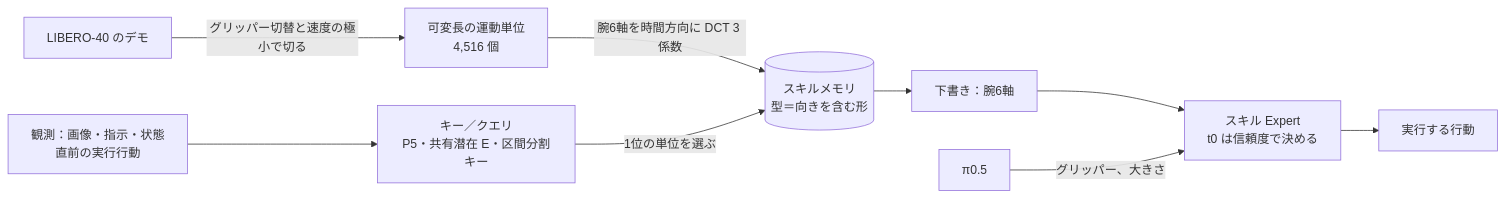
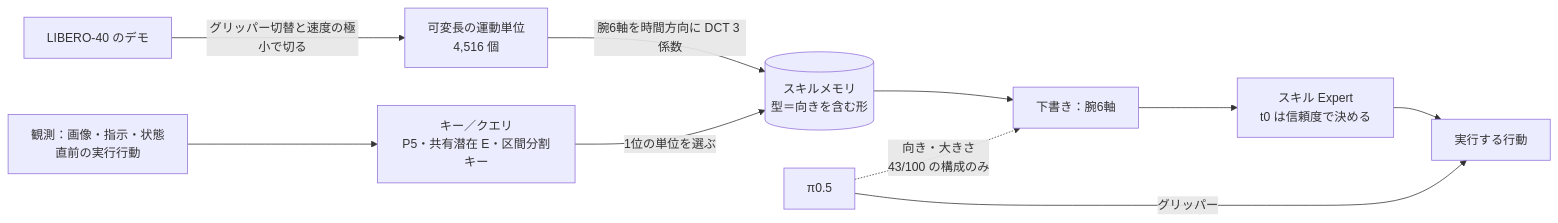
The diagram in docs/research/README.md (yuuharu11/Self-organized-Skill-Memory), drawn with Mermaid before and after one commit. The commit also changed other lines of this file and 2 other files, not shown here.

````diff
--- a/docs/research/README.md
+++ b/docs/research/README.md
@@ -22,11 +22,12 @@
 ```mermaid
 flowchart LR
   D[LIBERO-40 のデモ] -->|グリッパー切替と速度の極小で切る| U[可変長の運動単位<br/>4,516 個]
   U -->|腕6軸を時間方向に DCT 3 係数| M[(スキルメモリ<br/>型＝向きを含む形)]
   O[観測：画像・指示・状態<br/>直前の実行行動] --> K[キー／クエリ<br/>P5・共有潜在 E・区間分割キー]
   K -->|1位の単位を選ぶ| M
   M --> Dr[下書き：腕6軸]
   Dr --> X[スキル Expert<br/>t0 は信頼度で決める]
-  P[π0.5] -->|グリッパー、大きさ| X
   X --> A[実行する行動]
+  P[π0.5] -->|グリッパー| A
+  P -.->|向き・大きさ<br/>43/100 の構成のみ| Dr
 ```
````
